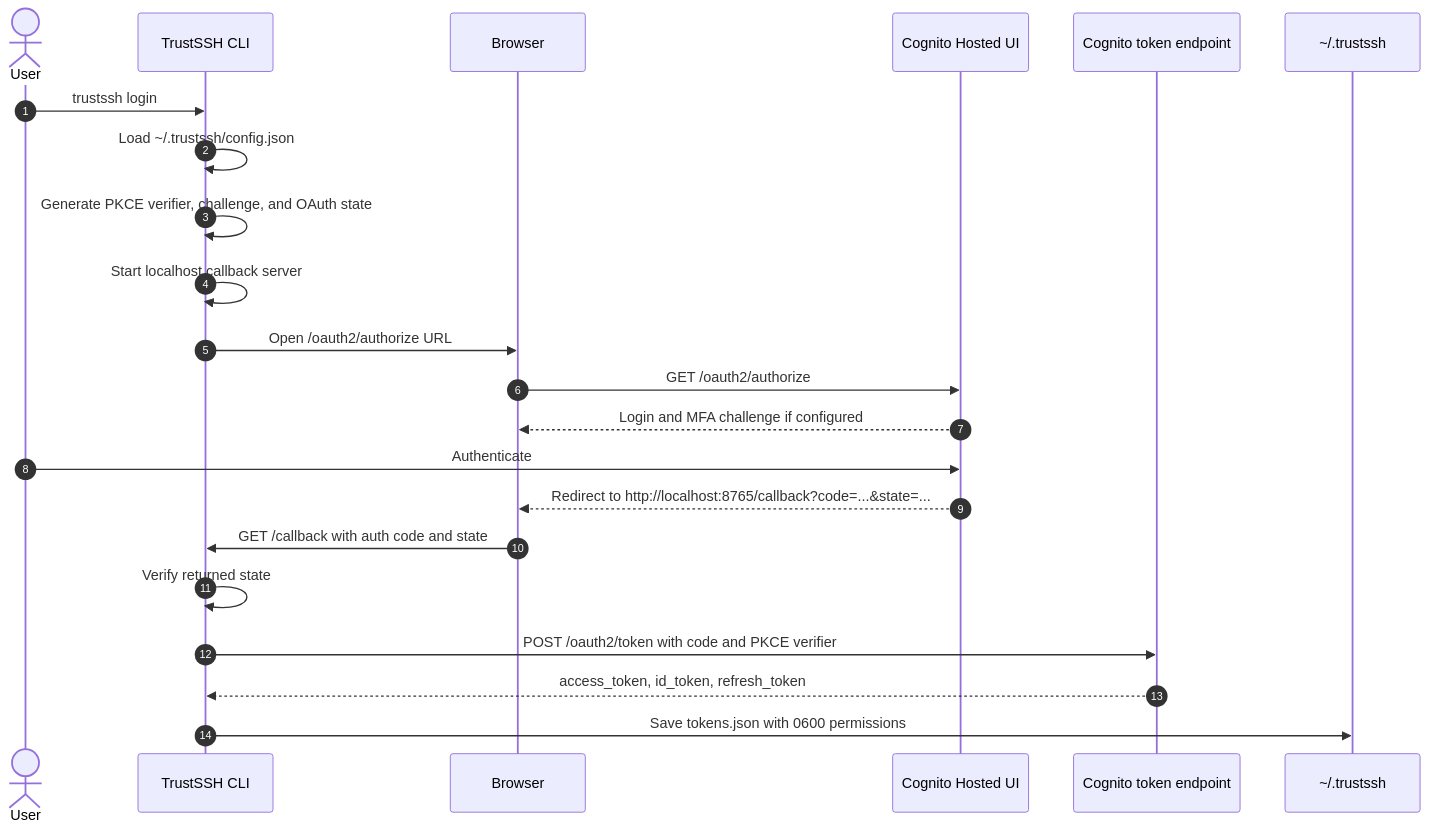
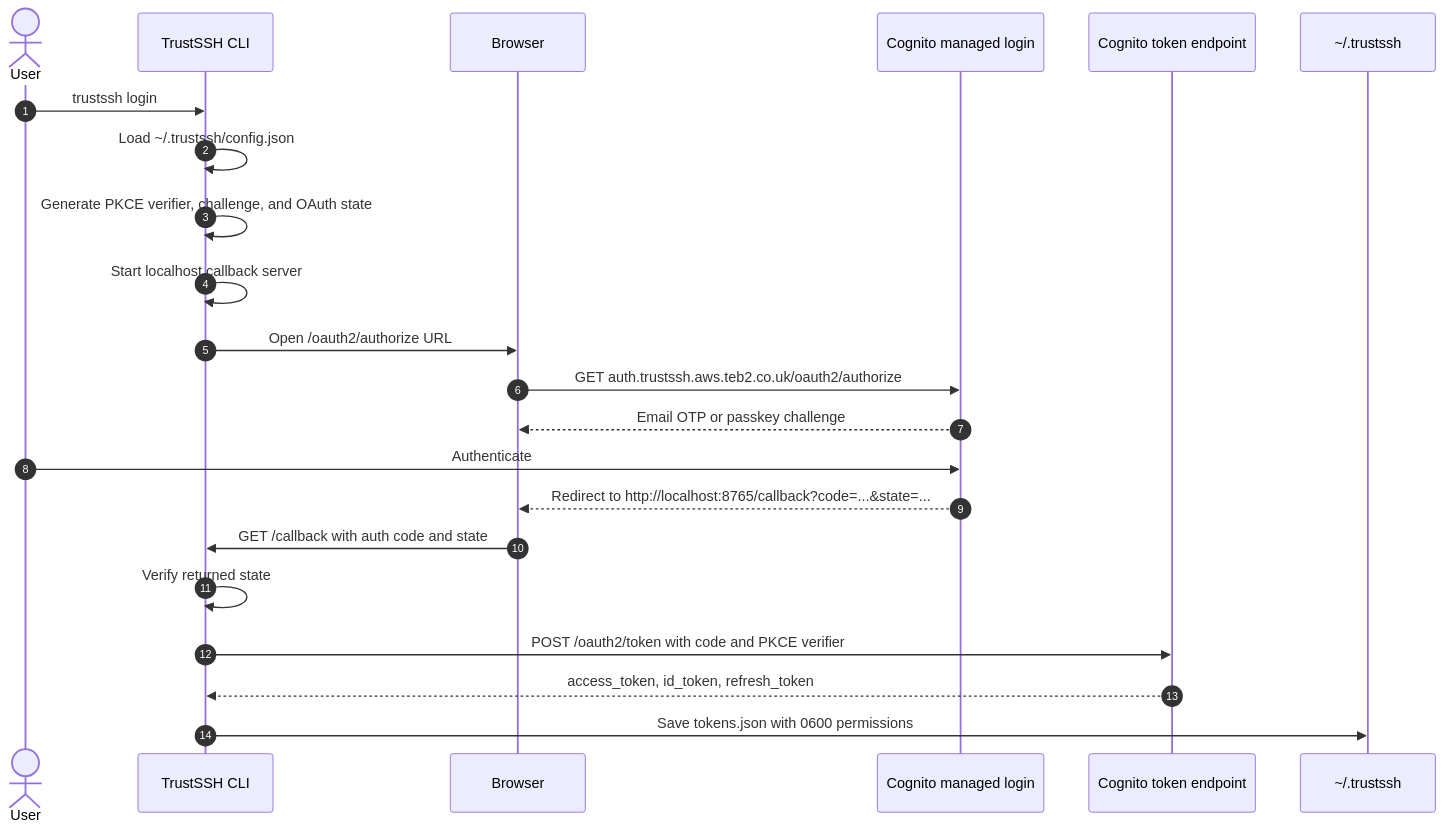
One commit to nikon-63/TrustSSH changed the second of 6 diagrams in docs/request-flow.md. Above: the diagram before and after it, drawn with Mermaid. The commit also changed other lines of this file and 11 other files, not shown here.

Commit message:
Refactor Cognito integration to use managed login (Passkey not working yet)

````diff
--- a/docs/request-flow.md
+++ b/docs/request-flow.md
@@ -29,25 +29,25 @@
 ```mermaid
 sequenceDiagram
     autonumber
     actor User
     participant CLI as TrustSSH CLI
     participant Browser
-    participant Cognito as Cognito Hosted UI
+    participant Cognito as Cognito managed login
     participant TokenEndpoint as Cognito token endpoint
     participant LocalFiles as ~/.trustssh
 
     User->>CLI: trustssh login
     CLI->>CLI: Load ~/.trustssh/config.json
     CLI->>CLI: Generate PKCE verifier, challenge, and OAuth state
     CLI->>CLI: Start localhost callback server
     CLI->>Browser: Open /oauth2/authorize URL
-    Browser->>Cognito: GET /oauth2/authorize
-    Cognito-->>Browser: Login and MFA challenge if configured
+    Browser->>Cognito: GET auth.trustssh.aws.teb2.co.uk/oauth2/authorize
+    Cognito-->>Browser: Email OTP or passkey challenge
     User->>Cognito: Authenticate
     Cognito-->>Browser: Redirect to http://localhost:8765/callback?code=...&state=...
     Browser->>CLI: GET /callback with auth code and state
     CLI->>CLI: Verify returned state
     CLI->>TokenEndpoint: POST /oauth2/token with code and PKCE verifier
     TokenEndpoint-->>CLI: access_token, id_token, refresh_token
     CLI->>LocalFiles: Save tokens.json with 0600 permissions
 ```
````
